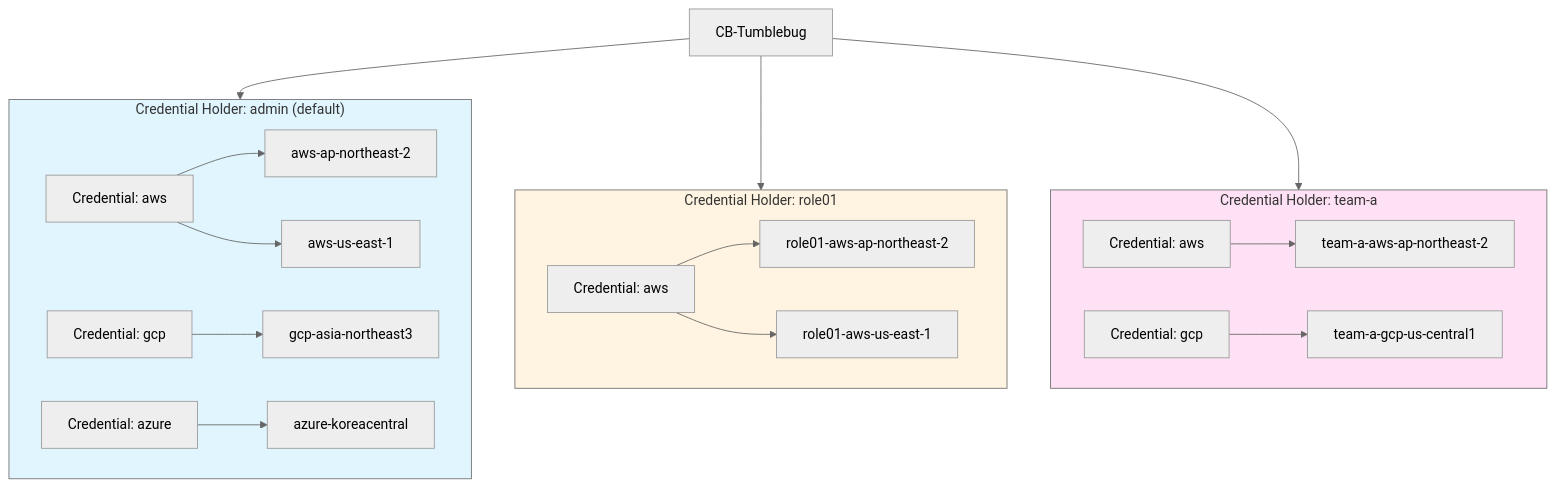
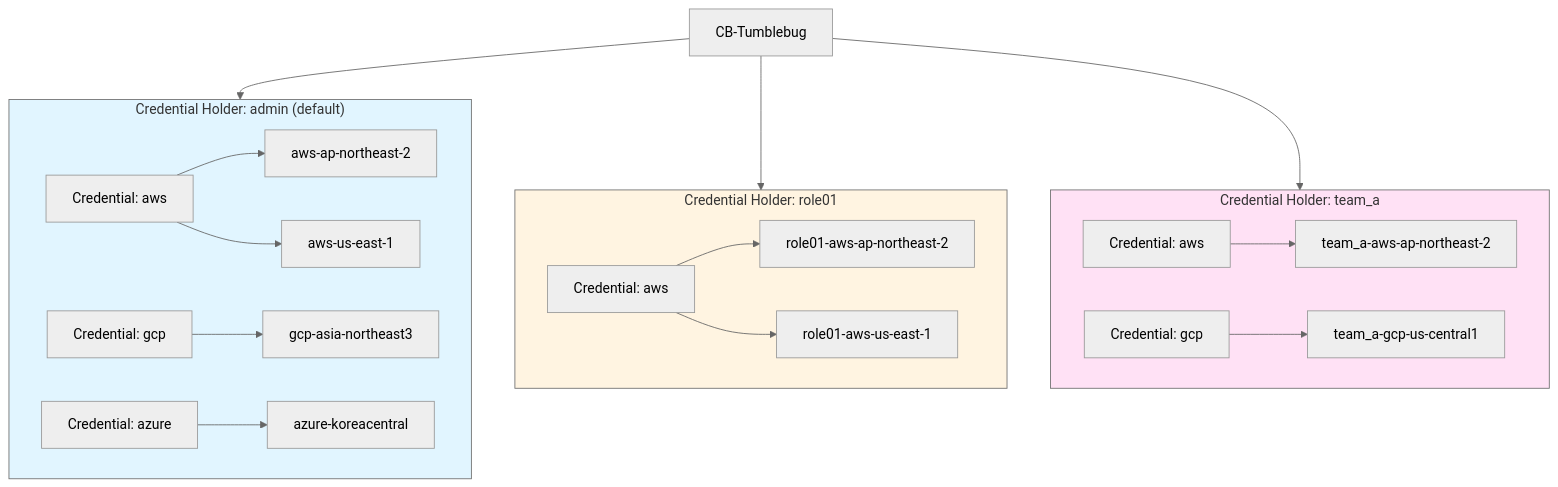
One commit to cloud-barista/cb-tumblebug changed the first of 7 diagrams in docs/feature_guide/credential-and-connection.md. Above: the diagram before and after it, drawn with Mermaid (neutral theme). The commit also changed other lines of this file and 3 other files, not shown here.

````diff
--- a/docs/feature_guide/credential-and-connection.md
+++ b/docs/feature_guide/credential-and-connection.md
@@ -37,46 +42,46 @@
 ```mermaid
 graph TB
     TB[CB-Tumblebug]
     
     subgraph ADMIN["Credential Holder: admin (default)"]
         CRED_A1[Credential: aws]
         CRED_A2[Credential: gcp]
         CRED_A3[Credential: azure]
         CONN_A1[aws-ap-northeast-2]
         CONN_A2[aws-us-east-1]
         CONN_A3[gcp-asia-northeast3]
         CONN_A4[azure-koreacentral]
         
         CRED_A1 --> CONN_A1
         CRED_A1 --> CONN_A2
         CRED_A2 --> CONN_A3
         CRED_A3 --> CONN_A4
     end
     
     subgraph ROLE01["Credential Holder: role01"]
         CRED_R1[Credential: aws]
         CONN_R1[role01-aws-ap-northeast-2]
         CONN_R2[role01-aws-us-east-1]
         
         CRED_R1 --> CONN_R1
         CRED_R1 --> CONN_R2
     end
     
-    subgraph TEAM_A["Credential Holder: team-a"]
+    subgraph TEAM_A["Credential Holder: team_a"]
         CRED_T1[Credential: aws]
         CRED_T2[Credential: gcp]
-        CONN_T1[team-a-aws-ap-northeast-2]
-        CONN_T2[team-a-gcp-us-central1]
+        CONN_T1[team_a-aws-ap-northeast-2]
+        CONN_T2[team_a-gcp-us-central1]
         
         CRED_T1 --> CONN_T1
         CRED_T2 --> CONN_T2
     end
     
     TB --> ADMIN
     TB --> ROLE01
     TB --> TEAM_A
     
     style ADMIN fill:#e1f5ff
     style ROLE01 fill:#fff4e1
     style TEAM_A fill:#ffe1f5
 ```
````
